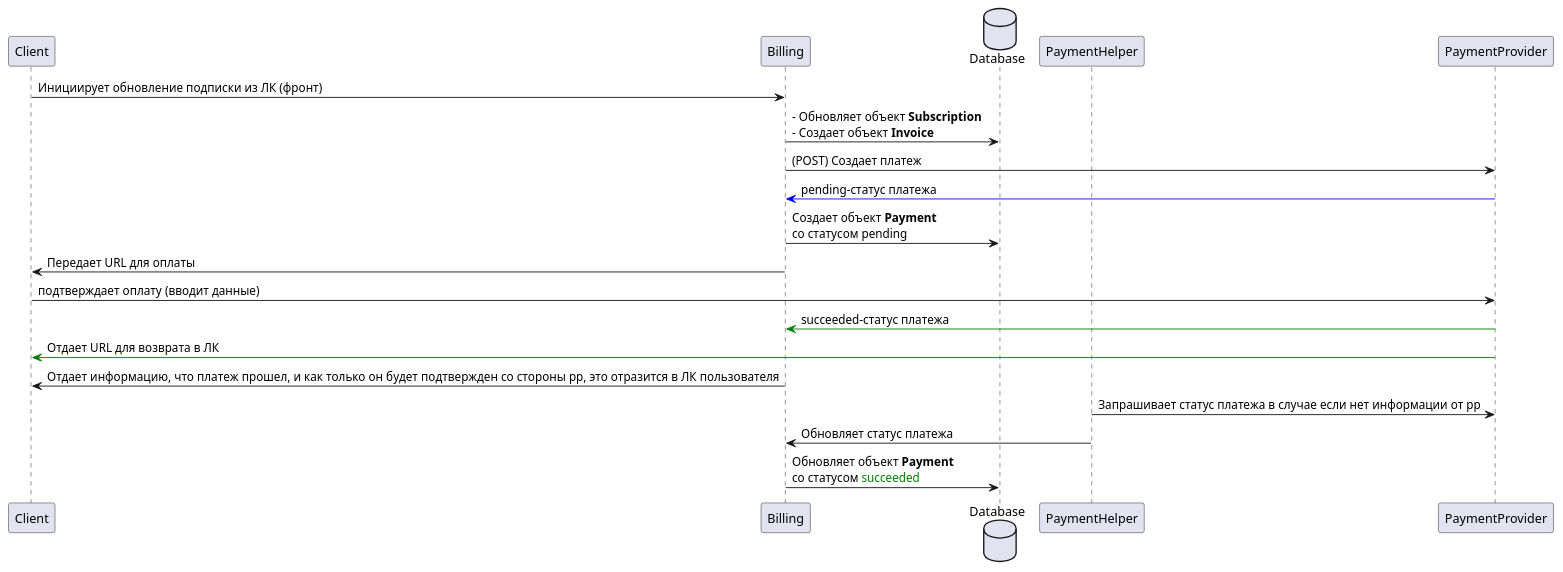
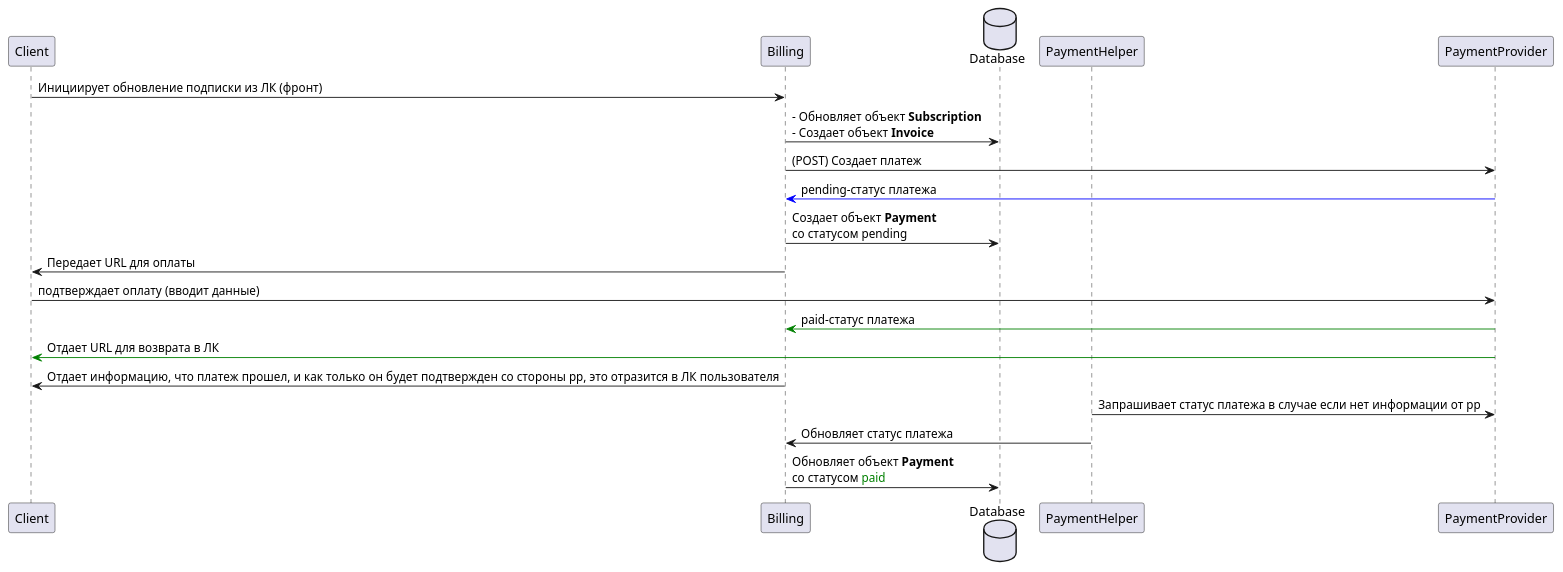
Before and after one commit to AlexanderZharyuk/billing-service: the diagram in architecture/subscription_payment.puml, drawn with PlantUML. The commit also changed 3 other files, not shown here.

```diff
--- a/architecture/subscription_payment.puml
+++ b/architecture/subscription_payment.puml
@@ -1,22 +1,22 @@
 @startuml
 participant Client          as user
 participant Billing         as service
 database    Database        as db 
 participant PaymentHelper   as worker
 participant PaymentProvider as pp
 
 
 user -> service: Инициирует обновление подписки из ЛК (фронт)
 service -> db: - Обновляет объект **Subscription** \n- Создает объект **Invoice**
 service -> pp: (POST) Создает платеж
 pp -[#blue]> service: pending-статус платежа
 service -> db: Создает объект **Payment** \nсо статусом pending
 service -> user: Передает URL для оплаты
 user -> pp: подтверждает оплату (вводит данные)
-pp -[#green]> service: succeeded-статус платежа
+pp -[#green]> service: paid-статус платежа
 pp -[#green]> user: Отдает URL для возврата в ЛК
 service -> user: Отдает информацию, что платеж прошел, и как только он будет подтвержден со стороны pp, это отразится в ЛК пользователя
 worker -> pp: Запрашивает статус платежа в случае если нет информации от pp
 worker -> service: Обновляет статус платежа
-service -> db: Обновляет объект **Payment** \nсо статусом <font color=green>succeeded</font>
+service -> db: Обновляет объект **Payment** \nсо статусом <font color=green>paid</font>
 @enduml
```
